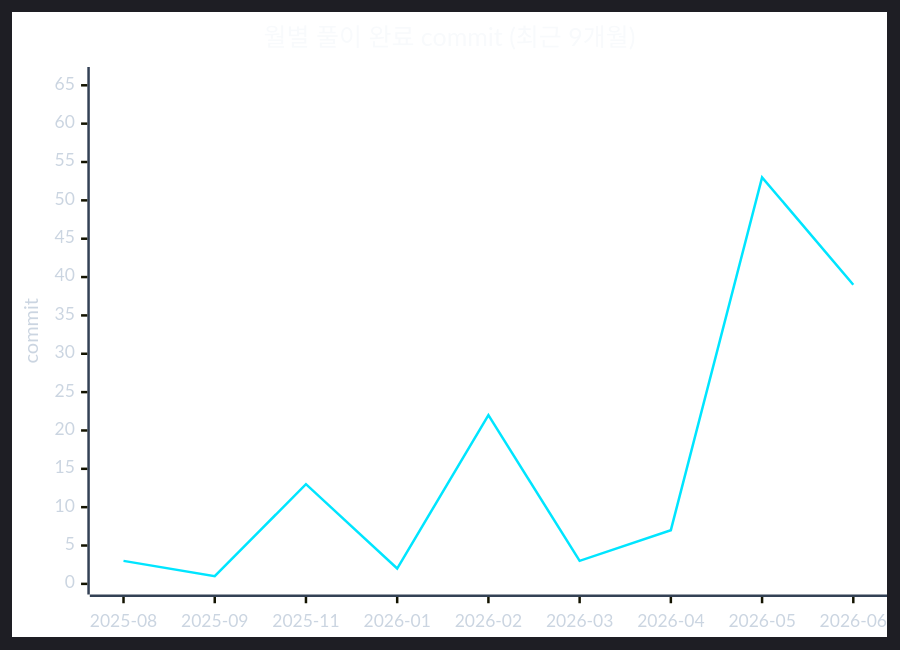
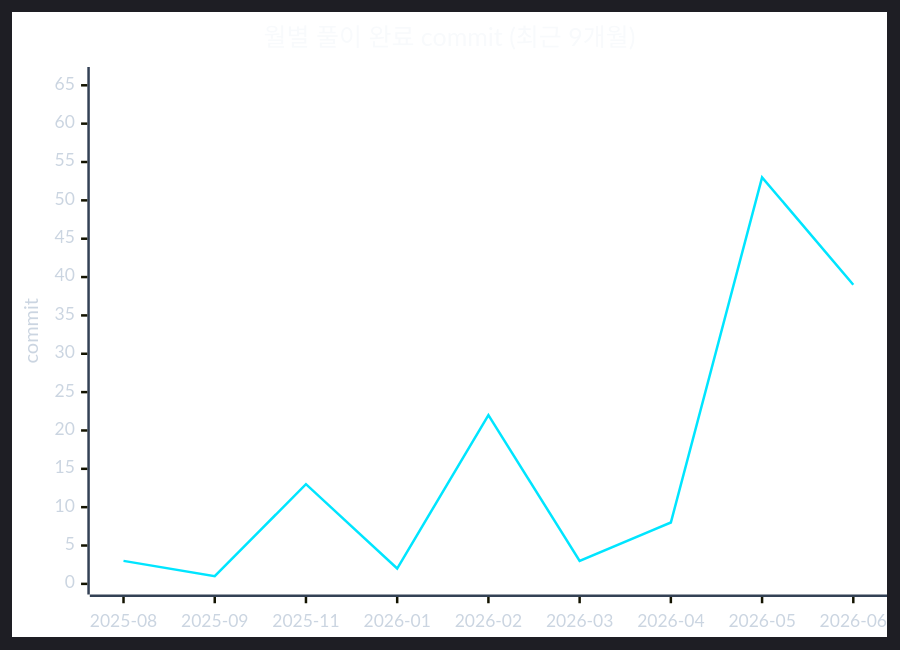
Before and after one commit to CHOOSLA/Algorithm: the second of 2 diagrams in readme.md, drawn with Mermaid. The commit also changed other lines of this file and 2 other files, not shown here.

````diff
--- a/readme.md
+++ b/readme.md
@@ -71,22 +71,22 @@
 ```mermaid
 ---
 config:
   theme: dark
   themeVariables:
     background: '#0d1117'
     xyChart:
       titleColor: '#f8fafc'
       xAxisLabelColor: '#cbd5e1'
       xAxisTitleColor: '#cbd5e1'
       xAxisLineColor: '#334155'
       yAxisLabelColor: '#cbd5e1'
       yAxisTitleColor: '#cbd5e1'
       yAxisLineColor: '#334155'
       plotColorPalette: '#00e5ff'
 ---
 xychart-beta
   title "월별 풀이 완료 commit (최근 9개월)"
   x-axis ["2025-08", "2025-09", "2025-11", "2026-01", "2026-02", "2026-03", "2026-04", "2026-05", "2026-06"]
   y-axis "commit" 0 --> 66
-  line [3, 1, 13, 2, 22, 3, 7, 53, 39]
+  line [3, 1, 13, 2, 22, 3, 8, 53, 39]
 ```
````
